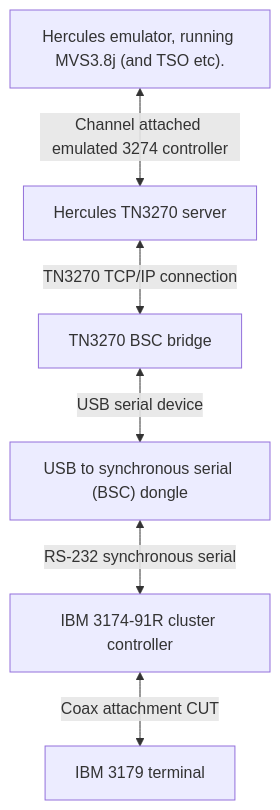
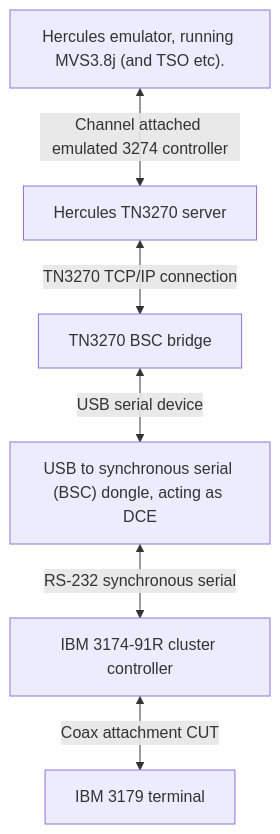
The diagram in README.md (twinslow/tn3270-bsc-bridge), drawn with Mermaid before and after one commit. The commit also changed other lines of this file, not shown here.

````diff
--- a/README.md
+++ b/README.md
@@ -14,14 +14,14 @@
 ```mermaid
 flowchart TD
     mvs["Hercules emulator, running MVS3.8j (and TSO etc)."]
     tn3270[Hercules TN3270 server]
     bridge[TN3270 BSC bridge]
-    dongle["USB to synchronous serial (BSC) dongle"]
+    dongle["USB to synchronous serial (BSC) dongle, acting as DCE"]
     3174[IBM 3174-91R cluster controller]
     3179[IBM 3179 terminal]
     mvs <-->|Channel attached emulated 3274 controller|tn3270
     tn3270 <--> |TN3270 TCP/IP connection|bridge
     bridge <--> |USB serial device|dongle
     dongle <--> |RS-232 synchronous serial|3174
     3174 <--> |Coax attachment CUT|3179
 ```
````
